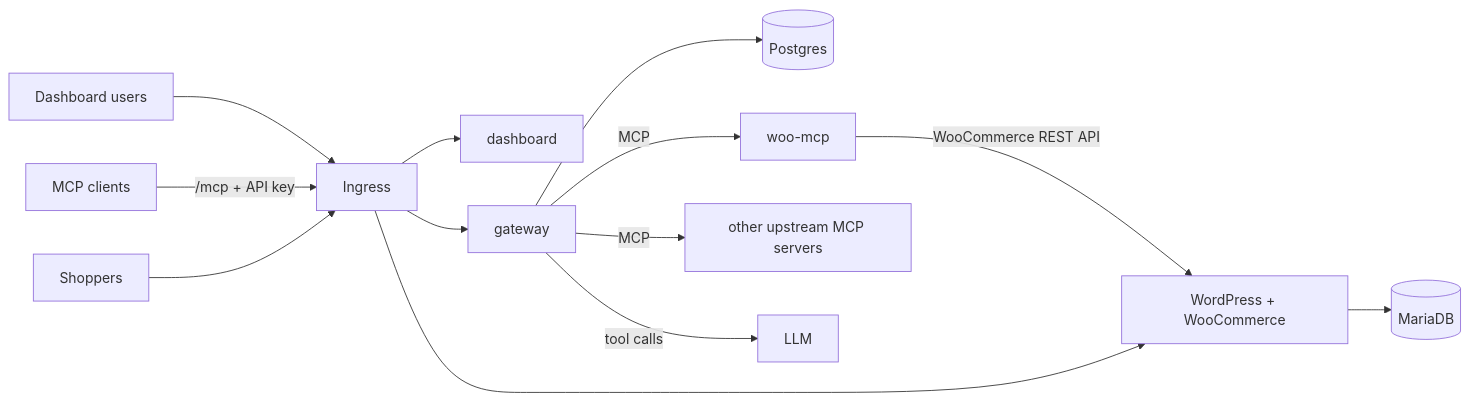
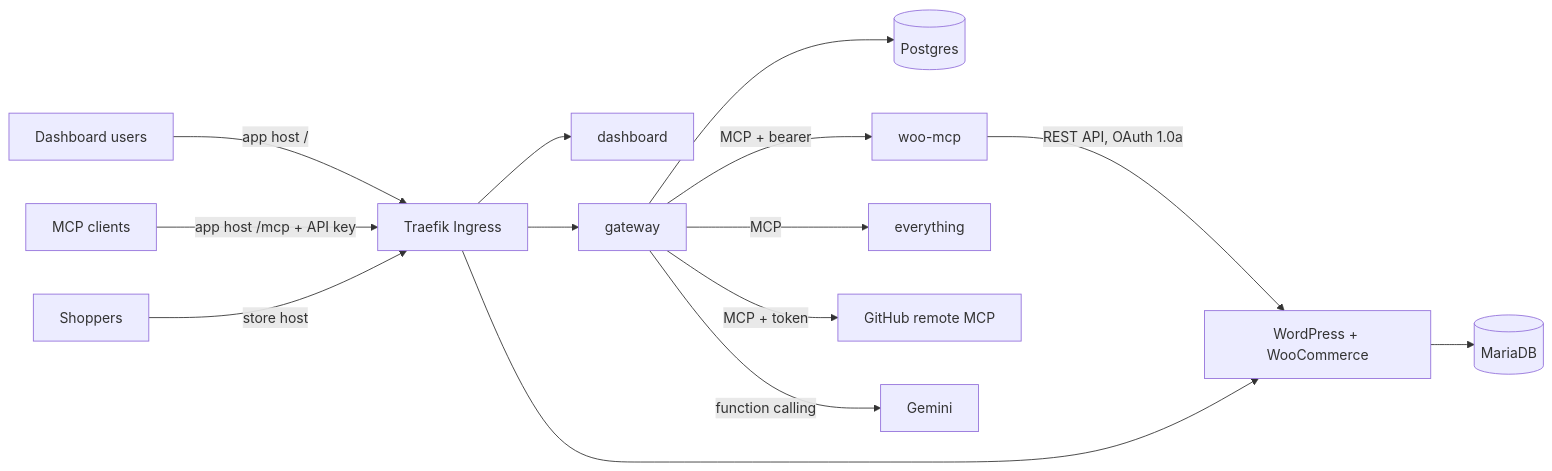
The diagram in README.md (BishalJena/imuru), drawn with Mermaid before and after one commit. The commit also changed other lines of this file and 9 other files, not shown here.

````diff
--- a/README.md
+++ b/README.md
@@ -9,14 +9,15 @@
 ```mermaid
 flowchart LR
-  B[Dashboard users] --> T[Ingress]
-  C[MCP clients] -->|/mcp + API key| T
-  S[Shoppers] --> T
+  B[Dashboard users] -->|app host /| T[Traefik Ingress]
+  C[MCP clients] -->|app host /mcp + API key| T
+  S[Shoppers] -->|store host| T
   T --> D[dashboard]
   T --> G[gateway]
   T --> W[WordPress + WooCommerce]
   G --> P[(Postgres)]
-  G -->|MCP| WM[woo-mcp]
-  G -->|MCP| U[other upstream MCP servers]
-  G -->|tool calls| L[LLM]
-  WM -->|WooCommerce REST API| W --> M[(MariaDB)]
+  G -->|MCP + bearer| WM[woo-mcp]
+  G -->|MCP| E[everything]
+  G -->|MCP + token| GH[GitHub remote MCP]
+  G -->|function calling| L[Gemini]
+  WM -->|REST API, OAuth 1.0a| W --> M[(MariaDB)]
 ```
````
